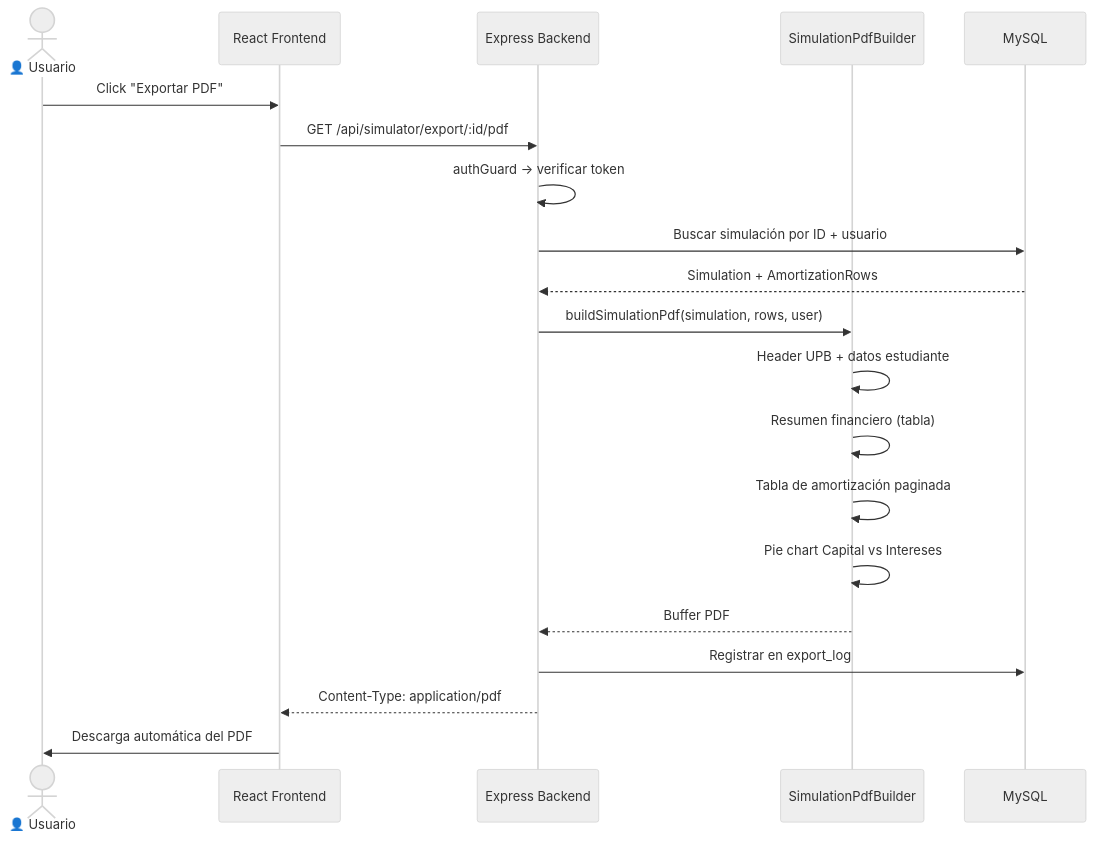
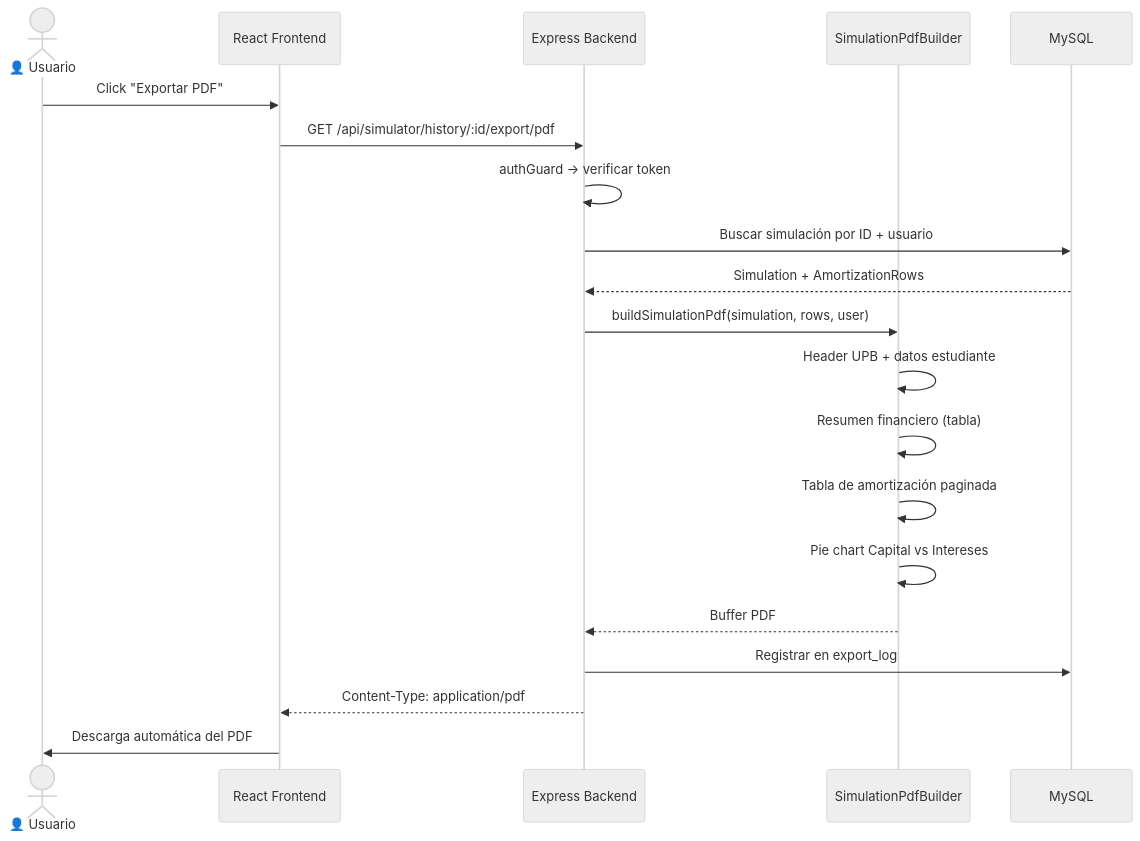
Before and after one commit to Dabji/Simulador-Credito-UPB: the seventh of 9 diagrams in docs/architecture/system-design.md, drawn with Mermaid (neutral theme). The commit also changed other lines of this file and 2 other files, not shown here.

First line of the commit message:
docs(architecture): update system design and technical decisions to reflect current implementation details

````diff
--- a/docs/architecture/system-design.md
+++ b/docs/architecture/system-design.md
@@ -315,25 +317,25 @@
 ```mermaid
 sequenceDiagram
     actor U as 👤 Usuario
     participant FE as React Frontend
     participant BE as Express Backend
     participant PDF as SimulationPdfBuilder
     participant DB as MySQL
 
     U->>FE: Click "Exportar PDF"
-    FE->>BE: GET /api/simulator/export/:id/pdf
+    FE->>BE: GET /api/simulator/history/:id/export/pdf
     BE->>BE: authGuard → verificar token
     BE->>DB: Buscar simulación por ID + usuario
     DB-->>BE: Simulation + AmortizationRows
 
     BE->>PDF: buildSimulationPdf(simulation, rows, user)
     PDF->>PDF: Header UPB + datos estudiante
     PDF->>PDF: Resumen financiero (tabla)
     PDF->>PDF: Tabla de amortización paginada
     PDF->>PDF: Pie chart Capital vs Intereses
     PDF-->>BE: Buffer PDF
 
     BE->>DB: Registrar en export_log
     BE-->>FE: Content-Type: application/pdf
     FE->>U: Descarga automática del PDF
 ```
````
